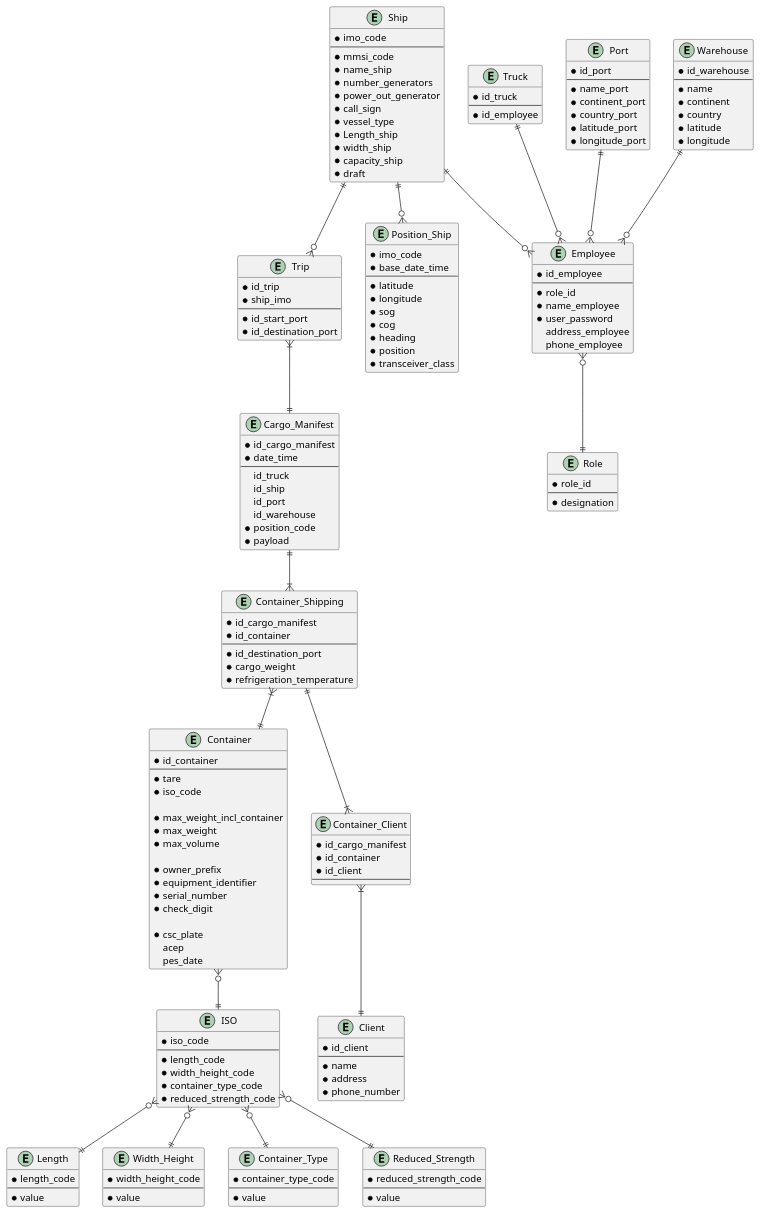
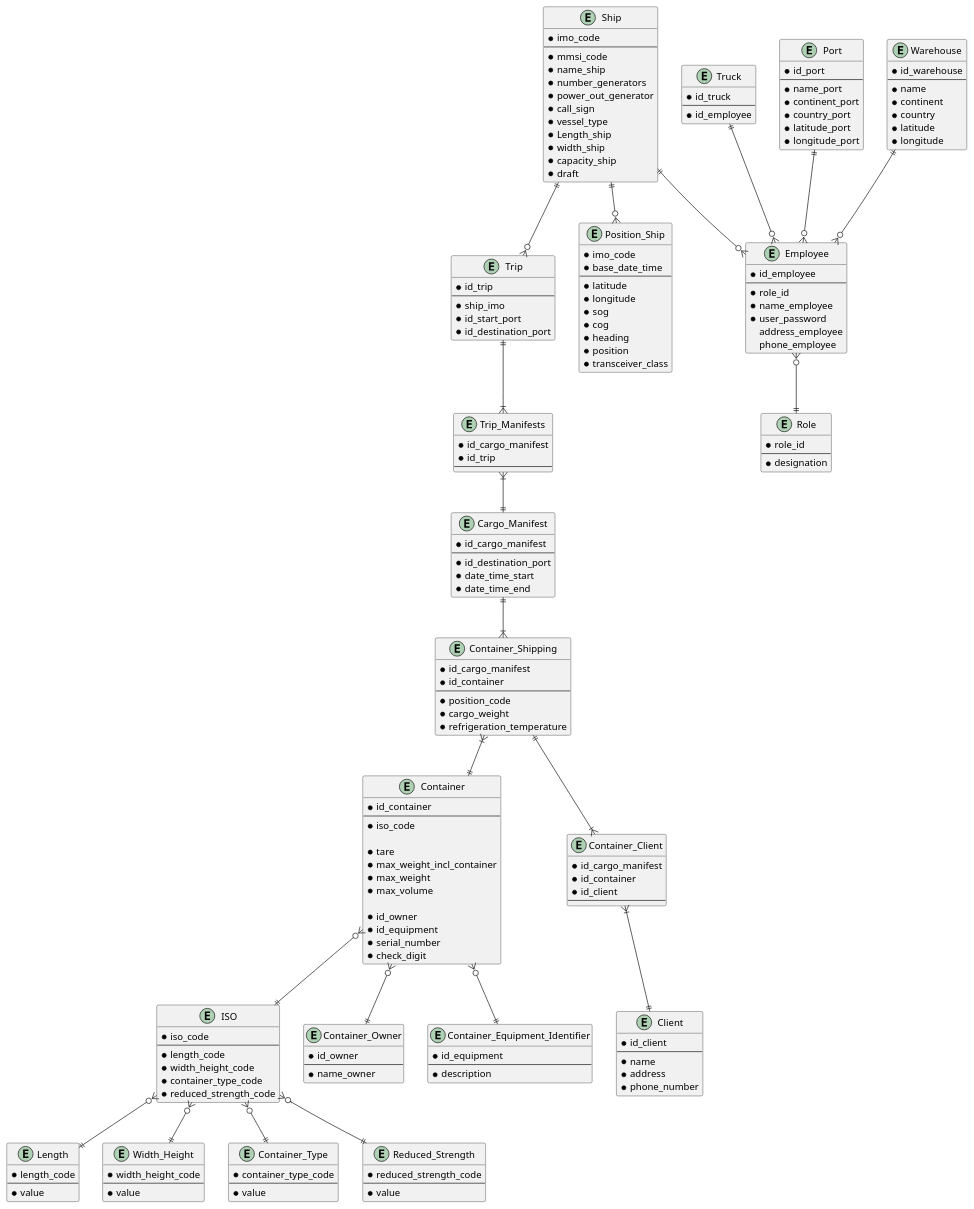
Before and after one commit to 1190772/LAB-Project-3: the diagram in docs/Sprint 2/US/US108/logical_model.puml, drawn with PlantUML. The commit also changed 2 other files, not shown here.

```diff
--- a/docs/Sprint 2/US/US108/logical_model.puml
+++ b/docs/Sprint 2/US/US108/logical_model.puml
@@ -2,8 +2,8 @@
 
 entity Trip {
 * id_trip
+--
 * ship_imo
---
 * id_start_port
 * id_destination_port
 }
@@ -11,21 +11,17 @@
 entity Container {
 * id_container
 --
-* tare
 * iso_code
 
+* tare
 * max_weight_incl_container
 * max_weight
 * max_volume
 
-* owner_prefix
-* equipment_identifier
+* id_owner
+* id_equipment
 * serial_number
 * check_digit
-
-*csc_plate
-acep
-pes_date
 }
 
 entity ISO {
@@ -63,21 +59,23 @@
 
 entity Cargo_Manifest {
 * id_cargo_manifest
-* date_time
 --
- id_truck
- id_ship
- id_port
- id_warehouse
-* position_code
-* payload
+* id_destination_port
+* date_time_start
+* date_time_end
+}
+
+entity Trip_Manifests {
+* id_cargo_manifest
+* id_trip
+--
 }
 
 entity Container_Shipping {
 * id_cargo_manifest
 * id_container
 --
-* id_destination_port
+* position_code
 * cargo_weight
 * refrigeration_temperature
 }
@@ -167,17 +165,32 @@
 * phone_number
 }
 
+entity Container_Owner {
+* id_owner
+--
+* name_owner
+}
+
+entity Container_Equipment_Identifier {
+* id_equipment
+--
+* description
+}
+
 ISO }o--|| Length
 ISO }o--|| Width_Height
 ISO }o--|| Container_Type
 ISO }o--|| Reduced_Strength
 
+Container }o--|| Container_Owner
+Container }o--|| Container_Equipment_Identifier
 Container }o--|| ISO
 Cargo_Manifest ||--|{ Container_Shipping
 Container_Shipping }|--|| Container
 Container_Shipping ||--|{ Container_Client
 Container_Client }|--|| Client
-Trip }|--|| Cargo_Manifest
+Trip ||--|{ Trip_Manifests
+Trip_Manifests }|--|| Cargo_Manifest
 Ship ||--o{ Position_Ship
 
 Truck ||--o{ Employee
```
